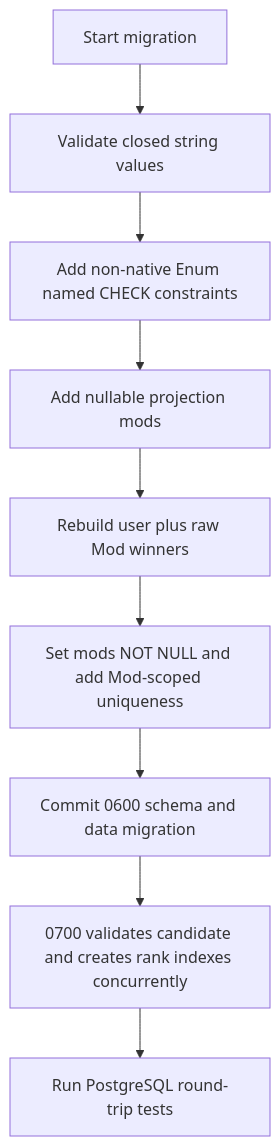
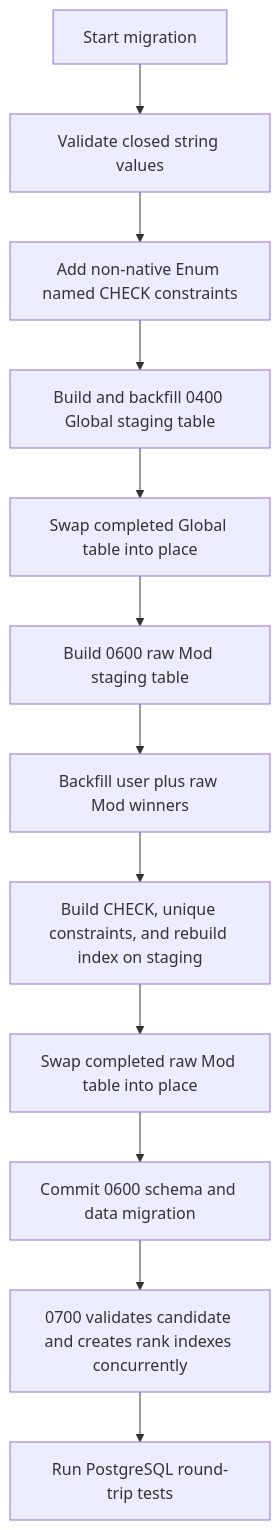
Before and after one commit to Reticulmz/athena: the sixth of 6 diagrams in .kiro/specs/beatmap-leaderboards/design.md, drawn with Mermaid. The commit also changed other lines of this file and 13 other files, not shown here.

````diff
--- a/.kiro/specs/beatmap-leaderboards/design.md
+++ b/.kiro/specs/beatmap-leaderboards/design.md
@@ -912,11 +915,14 @@
 ```mermaid
 graph TB
     Start[Start migration] --> ValidateClosedValues[Validate closed string values]
     ValidateClosedValues --> AddChecks[Add non-native Enum named CHECK constraints]
-    AddChecks --> AddMods[Add nullable projection mods]
-    AddMods --> RebuildProjection[Rebuild user plus raw Mod winners]
-    RebuildProjection --> ConstrainMods[Set mods NOT NULL and add Mod-scoped uniqueness]
-    ConstrainMods --> CommitProjection[Commit 0600 schema and data migration]
+    AddChecks --> BuildGlobalStaging[Build and backfill 0400 Global staging table]
+    BuildGlobalStaging --> SwapGlobal[Swap completed Global table into place]
+    SwapGlobal --> BuildModStaging[Build 0600 raw Mod staging table]
+    BuildModStaging --> RebuildProjection[Backfill user plus raw Mod winners]
+    RebuildProjection --> ConstrainMods[Build CHECK, unique constraints, and rebuild index on staging]
+    ConstrainMods --> SwapMod[Swap completed raw Mod table into place]
+    SwapMod --> CommitProjection[Commit 0600 schema and data migration]
     CommitProjection --> AddIndexes[0700 validates candidate and creates rank indexes concurrently]
     AddIndexes --> Verify[Run PostgreSQL round-trip tests]
 ```
````
